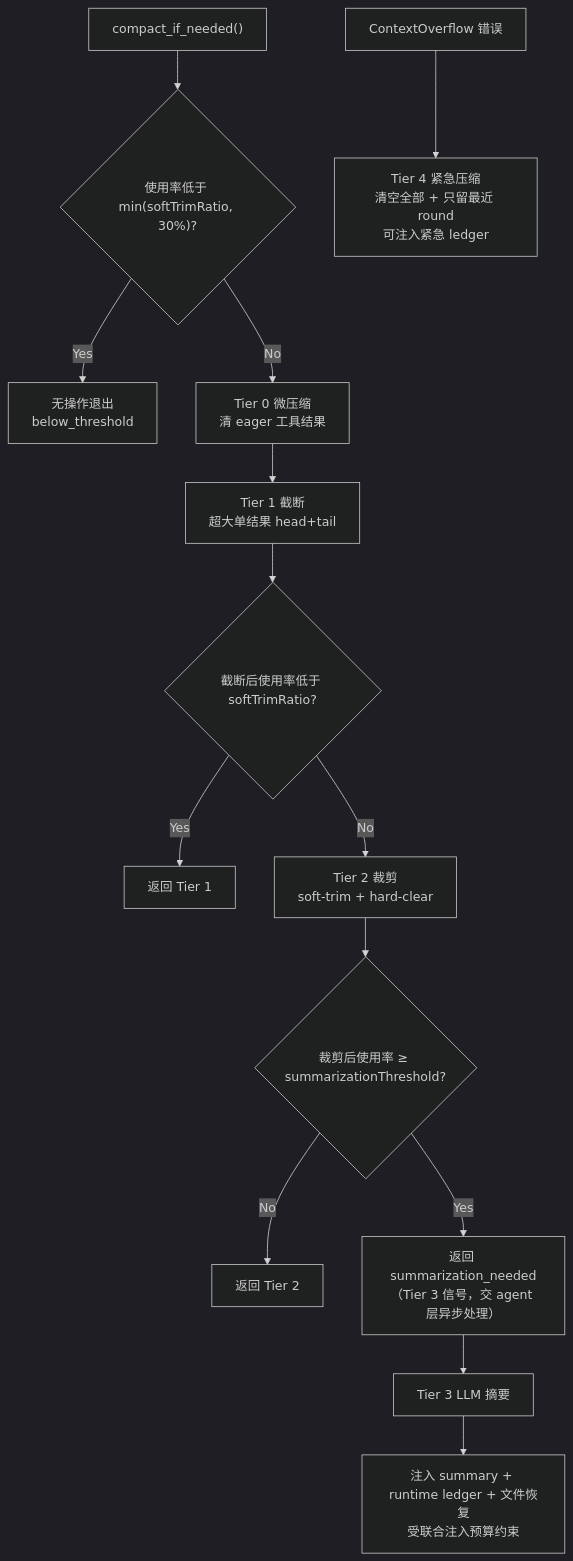
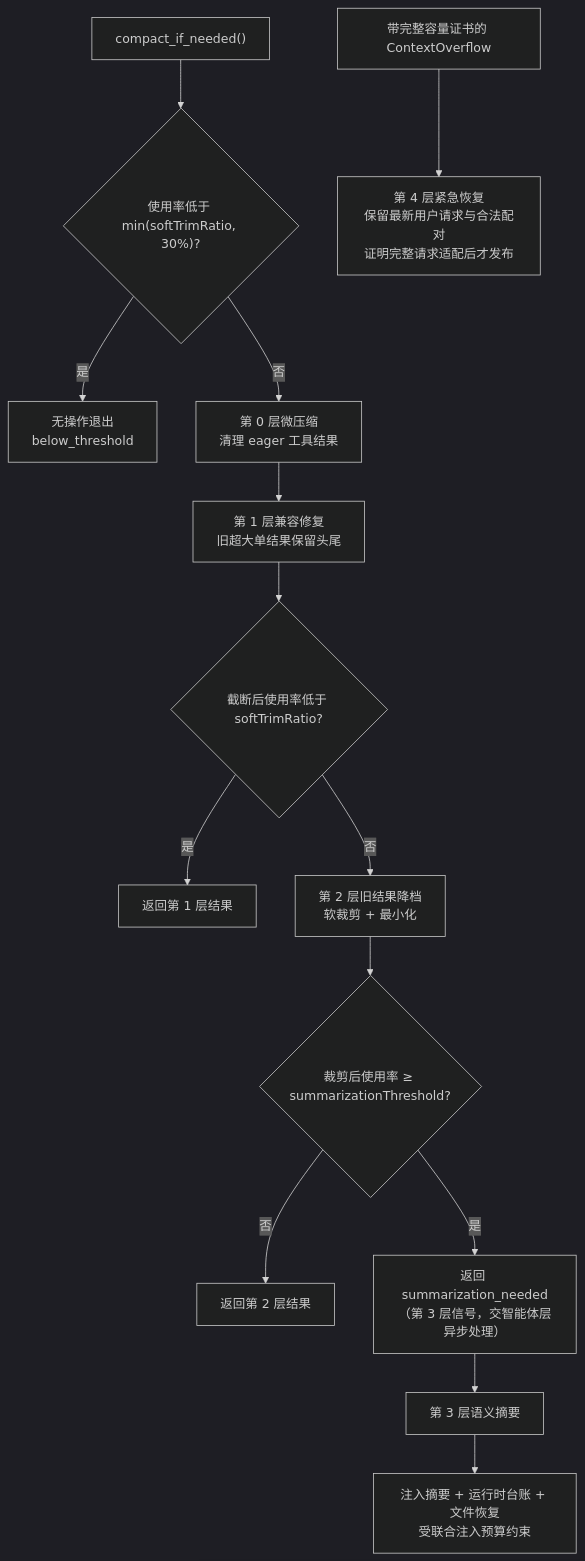
One commit to shiwenwen/hope-agent changed the first of 4 diagrams in docs/architecture/core/context-compact.md. Above: the diagram before and after it, drawn with Mermaid (dark theme). The commit also changed other lines of this file and 124 other files, not shown here.

````diff
--- a/docs/architecture/core/context-compact.md
+++ b/docs/architecture/core/context-compact.md
@@ -31,17 +32,17 @@
 ```mermaid
 flowchart TD
     A["compact_if_needed()"] --> Q{"使用率低于 min(softTrimRatio, 30%)?"}
-    Q -- Yes --> Done0["无操作退出<br/>below_threshold"]
-    Q -- No --> T0["Tier 0 微压缩<br/>清 eager 工具结果"]
-    T0 --> T1["Tier 1 截断<br/>超大单结果 head+tail"]
+    Q -- 是 --> Done0["无操作退出<br/>below_threshold"]
+    Q -- 否 --> T0["第 0 层微压缩<br/>清理 eager 工具结果"]
+    T0 --> T1["第 1 层兼容修复<br/>旧超大单结果保留头尾"]
     T1 --> E1{"截断后使用率低于 softTrimRatio?"}
-    E1 -- Yes --> DoneT1["返回 Tier 1"]
-    E1 -- No --> T2["Tier 2 裁剪<br/>soft-trim + hard-clear"]
+    E1 -- 是 --> DoneT1["返回第 1 层结果"]
+    E1 -- 否 --> T2["第 2 层旧结果降档<br/>软裁剪 + 最小化"]
     T2 --> E2{"裁剪后使用率 ≥ summarizationThreshold?"}
-    E2 -- No --> DoneT2["返回 Tier 2"]
-    E2 -- Yes --> Sig["返回 summarization_needed<br/>（Tier 3 信号，交 agent 层异步处理）"]
-    Sig --> T3["Tier 3 LLM 摘要"]
-    T3 --> Inject["注入 summary + runtime ledger + 文件恢复<br/>受联合注入预算约束"]
+    E2 -- 否 --> DoneT2["返回第 2 层结果"]
+    E2 -- 是 --> Sig["返回 summarization_needed<br/>（第 3 层信号，交智能体层异步处理）"]
+    Sig --> T3["第 3 层语义摘要"]
+    T3 --> Inject["注入摘要 + 运行时台账 + 文件恢复<br/>受联合注入预算约束"]
 
-    OF["ContextOverflow 错误"] --> T4["Tier 4 紧急压缩<br/>清空全部 + 只留最近 round<br/>可注入紧急 ledger"]
+    OF["带完整容量证书的 ContextOverflow"] --> T4["第 4 层紧急恢复<br/>保留最新用户请求与合法配对<br/>证明完整请求适配后才发布"]
 ```
````
